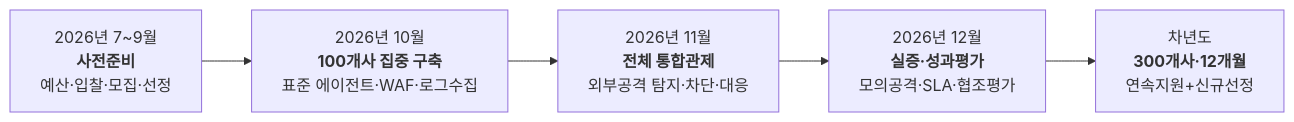
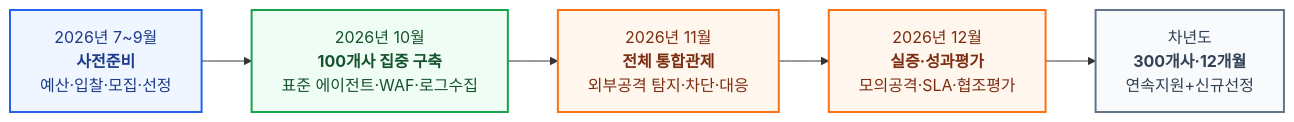
Before and after one commit to qubitsec/plura: the ninth of 9 diagrams in ko/proposal/ulsan/ulsan-full.md, drawn with Mermaid. The commit also changed other lines of this file, not shown here.

````diff
--- a/ko/proposal/ulsan/ulsan-full.md
+++ b/ko/proposal/ulsan/ulsan-full.md
@@ -953,10 +984,20 @@
 ```mermaid
 flowchart LR
     P0["2026년 7~9월<br/><b>사전준비</b><br/>예산·입찰·모집·선정"]
     P1["2026년 10월<br/><b>100개사 집중 구축</b><br/>표준 에이전트·WAF·로그수집"]
     P2["2026년 11월<br/><b>전체 통합관제</b><br/>외부공격 탐지·차단·대응"]
     P3["2026년 12월<br/><b>실증·성과평가</b><br/>모의공격·SLA·협조평가"]
     P4["차년도<br/><b>300개사·12개월</b><br/>연속지원+신규선정"]
 
     P0 --> P1 --> P2 --> P3 --> P4
+
+    classDef plan fill:#eff6ff,stroke:#2563eb,stroke-width:2px,color:#1e3a8a;
+    classDef build fill:#f0fdf4,stroke:#16a34a,stroke-width:2px,color:#14532d;
+    classDef operate fill:#fff7ed,stroke:#f97316,stroke-width:2px,color:#7c2d12;
+    classDef expand fill:#f8fafc,stroke:#64748b,stroke-width:2px,color:#334155;
+
+    class P0 plan;
+    class P1 build;
+    class P2,P3 operate;
+    class P4 expand;
 ```
````
